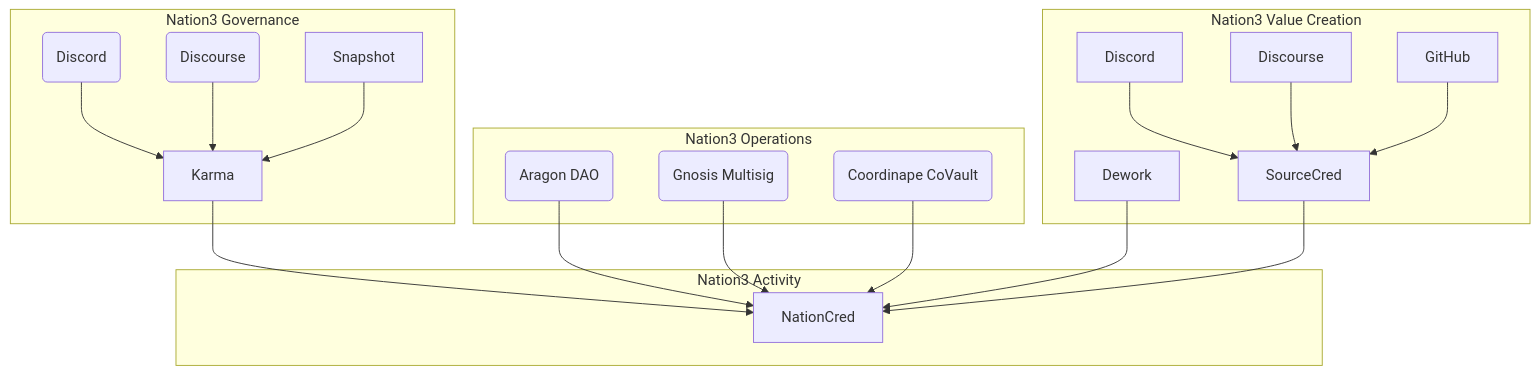
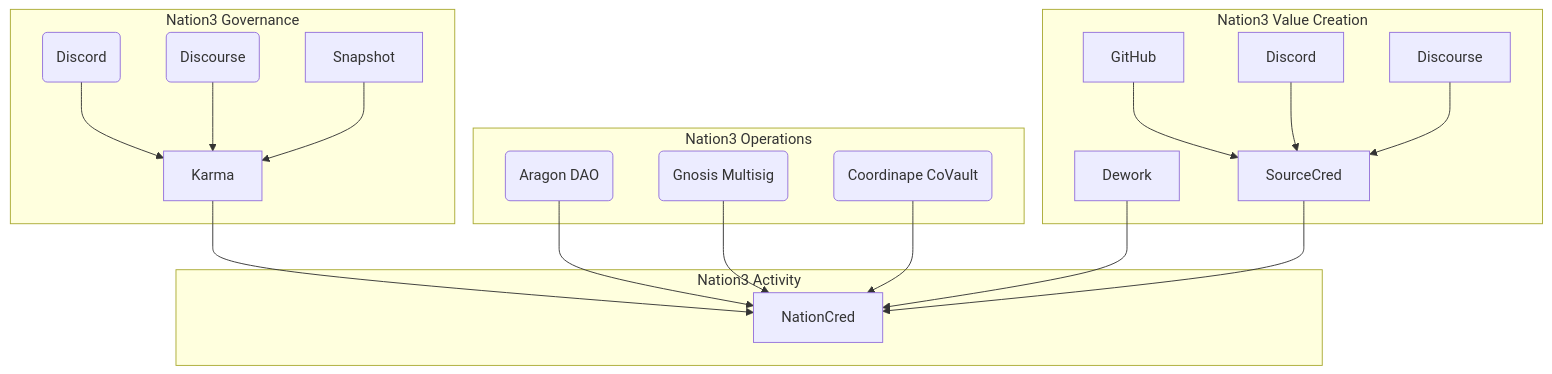
The diagram in README.md (nation3/nationcred-datasets), drawn with Mermaid before and after one commit. The commit also changed other lines of this file, not shown here.

````diff
--- a/README.md
+++ b/README.md
@@ -9,31 +9,31 @@
 ```mermaid
 graph TD
     subgraph Nation3 Governance
     Discord_Karma(Discord)-->Karma
     Discourse_Karma(Discourse)-->Karma
     Snapshot-->Karma
     end
     Karma-->NationCred
     
     subgraph Nation3 Operations
     Aragon(Aragon DAO)
     Gnosis(Gnosis Multisig)
     Coordinape(Coordinape CoVault)
     end
     Aragon-->NationCred
     Gnosis-->NationCred
     Coordinape-->NationCred
     
     subgraph Nation3 Value Creation
+    GitHub-->SourceCred
     Discord-->SourceCred
     Discourse-->SourceCred
-    GitHub-->SourceCred
     Dework
     end
     Dework-->NationCred
     SourceCred-->NationCred
     
     subgraph Nation3 Activity
     NationCred
     end
 ```
````
